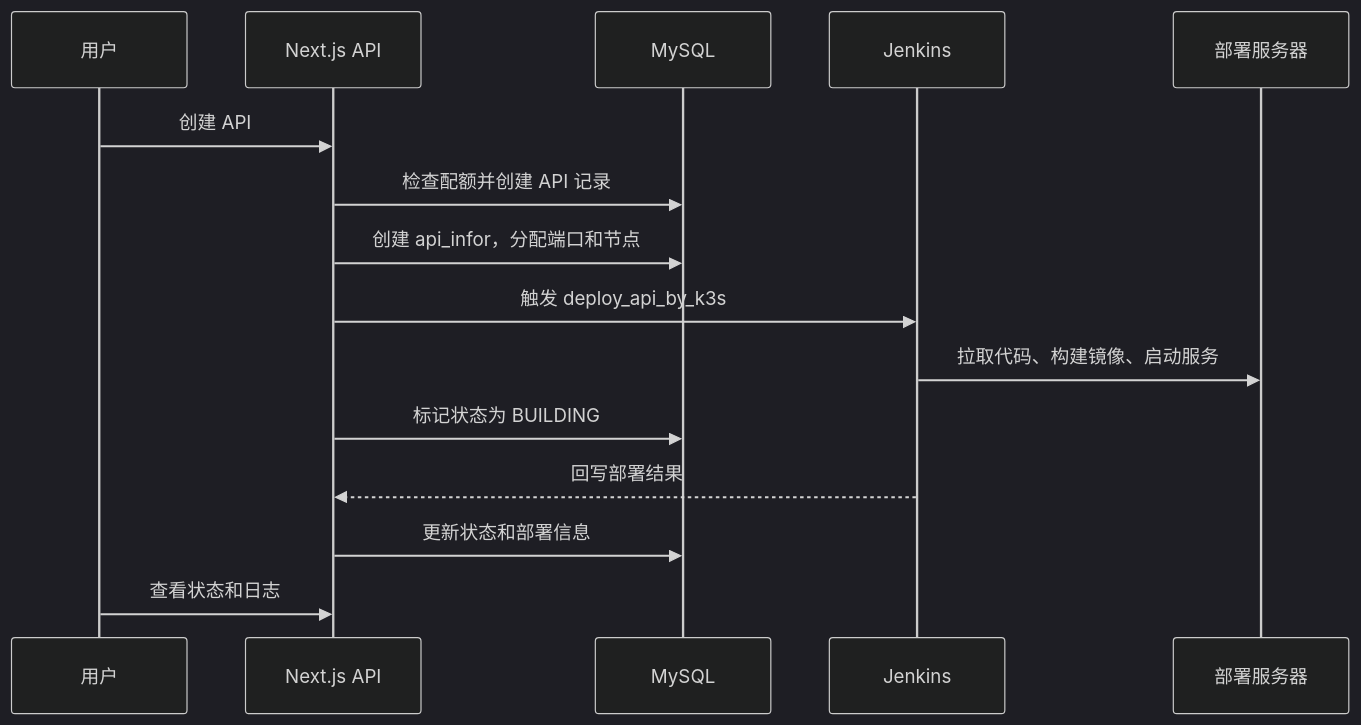
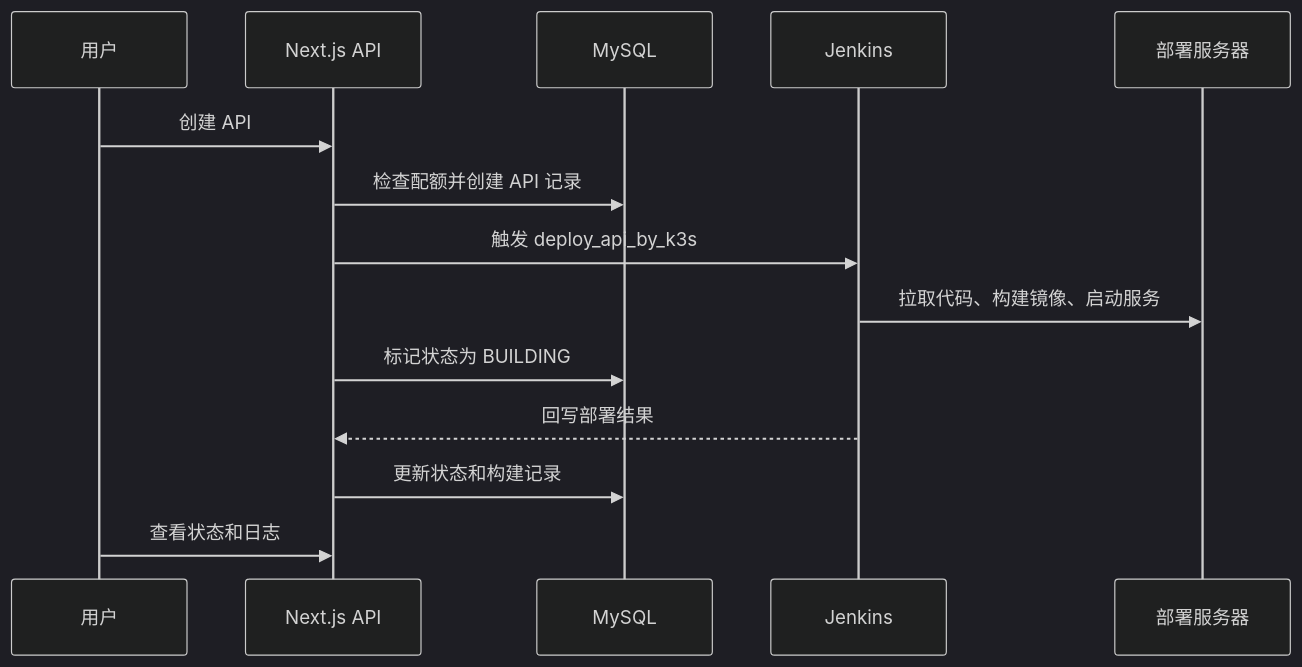
Before and after one commit to jiangchengyu998/one-click-deployment: the second of 2 diagrams in README.md, drawn with Mermaid (dark theme). The commit also changed other lines of this file and 90 other files, not shown here.

````diff
--- a/README.md
+++ b/README.md
@@ -56,18 +54,17 @@
 ```mermaid
 sequenceDiagram
     participant U as 用户
     participant A as Next.js API
     participant D as MySQL
     participant J as Jenkins
     participant S as 部署服务器
 
     U->>A: 创建 API
     A->>D: 检查配额并创建 API 记录
-    A->>D: 创建 api_infor，分配端口和节点
     A->>J: 触发 deploy_api_by_k3s
     J->>S: 拉取代码、构建镜像、启动服务
     A->>D: 标记状态为 BUILDING
     J-->>A: 回写部署结果
-    A->>D: 更新状态和部署信息
+    A->>D: 更新状态和构建记录
     U->>A: 查看状态和日志
 ```
````
